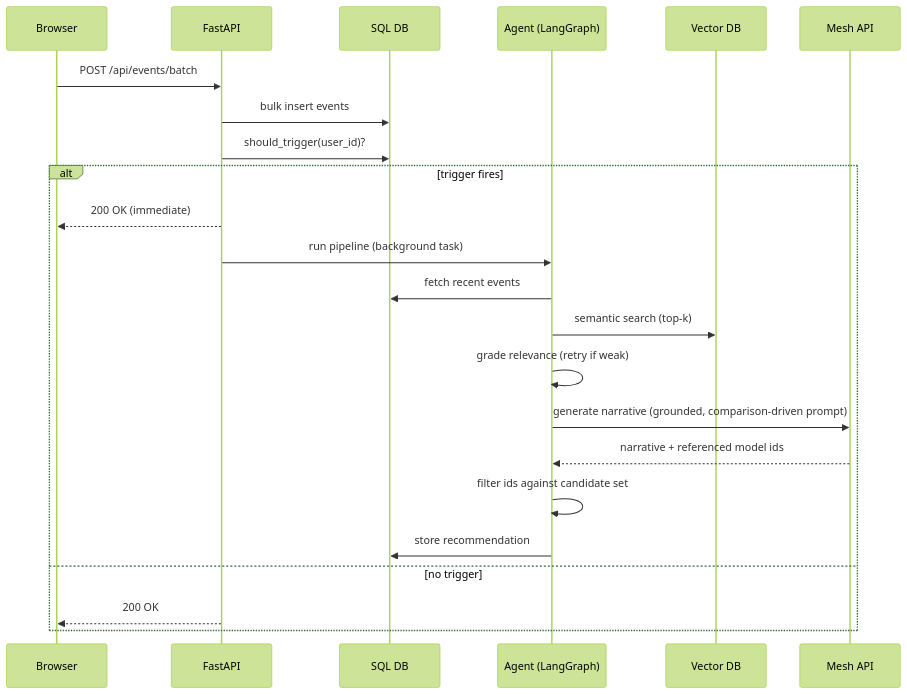
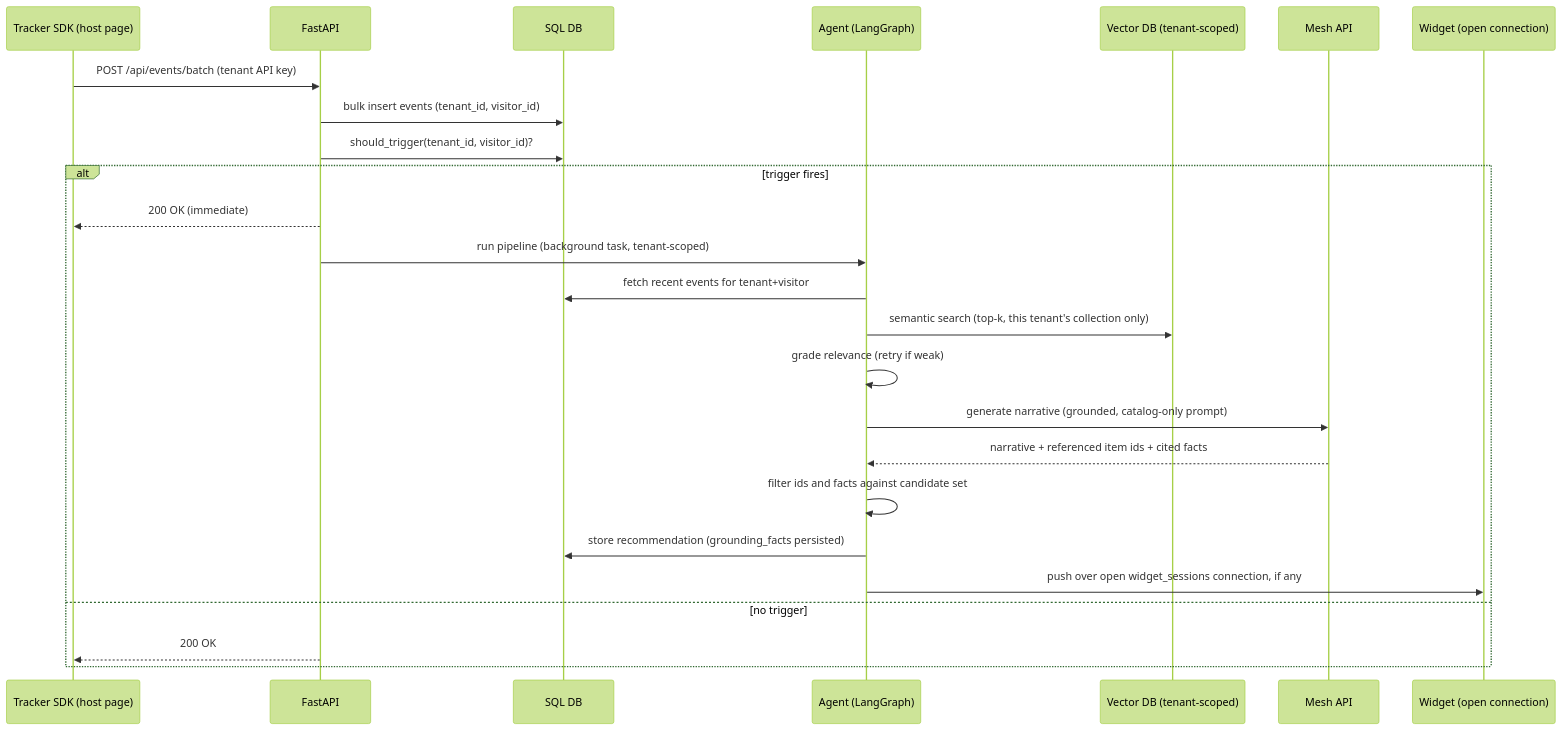
One commit to leeladesai/smartreco-hackathon changed the first of 3 diagrams in docs/design/06-LLD.md. Above: the diagram before and after it, drawn with Mermaid (forest theme). The commit also changed other lines of this file and 27 other files, not shown here.

First line of the commit message:
Add multi-tenant foundation: tenants, tenant-scoped data, per-tenant vector store

````diff
--- a/docs/design/06-LLD.md
+++ b/docs/design/06-LLD.md
@@ -211,26 +317,28 @@
 ```mermaid
 sequenceDiagram
-  participant B as Browser
+  participant W as Tracker SDK (host page)
   participant API as FastAPI
   participant DB as SQL DB
   participant AGT as Agent (LangGraph)
-  participant VDB as Vector DB
+  participant VDB as Vector DB (tenant-scoped)
   participant MESH as Mesh API
+  participant WS as Widget (open connection)
 
-  B->>API: POST /api/events/batch
-  API->>DB: bulk insert events
-  API->>DB: should_trigger(user_id)?
+  W->>API: POST /api/events/batch (tenant API key)
+  API->>DB: bulk insert events (tenant_id, visitor_id)
+  API->>DB: should_trigger(tenant_id, visitor_id)?
   alt trigger fires
-    API-->>B: 200 OK (immediate)
-    API->>AGT: run pipeline (background task)
-    AGT->>DB: fetch recent events
-    AGT->>VDB: semantic search (top-k)
+    API-->>W: 200 OK (immediate)
+    API->>AGT: run pipeline (background task, tenant-scoped)
+    AGT->>DB: fetch recent events for tenant+visitor
+    AGT->>VDB: semantic search (top-k, this tenant's collection only)
     AGT->>AGT: grade relevance (retry if weak)
-    AGT->>MESH: generate narrative (grounded, comparison-driven prompt)
-    MESH-->>AGT: narrative + referenced model ids
-    AGT->>AGT: filter ids against candidate set
-    AGT->>DB: store recommendation
+    AGT->>MESH: generate narrative (grounded, catalog-only prompt)
+    MESH-->>AGT: narrative + referenced item ids + cited facts
+    AGT->>AGT: filter ids and facts against candidate set
+    AGT->>DB: store recommendation (grounding_facts persisted)
+    AGT->>WS: push over open widget_sessions connection, if any
   else no trigger
-    API-->>B: 200 OK
+    API-->>W: 200 OK
   end
 ```
````
